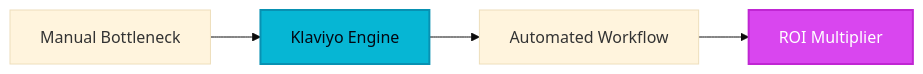
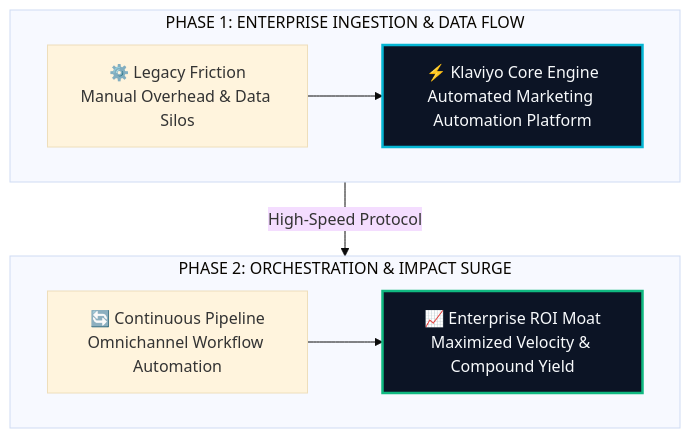
The diagram in site/src/content/blog/klaviyo-evolution-guide-2026.md (heliatech-media/saas-radar), drawn with Mermaid (base theme) before and after one commit. The commit also changed 97 other files, not shown here.

First line of the commit message:
feat(diagrams): upgrade all article architecture schemas to high-impact 2-tier responsive vector blueprints

````diff
--- a/site/src/content/blog/klaviyo-evolution-guide-2026.md
+++ b/site/src/content/blog/klaviyo-evolution-guide-2026.md
@@ -56,8 +56,14 @@
 ```mermaid
-flowchart LR
-    A[Manual Bottleneck] --> B[Klaviyo Engine]
-    B --> C[Automated Workflow]
-    C --> D[ROI Multiplier]
-    style B fill:#06b6d4,stroke:#0891b2,stroke-width:2px,color:#030712
-    style D fill:#d946ef,stroke:#c026d3,stroke-width:2px,color:#ffffff
+flowchart TD
+    subgraph S1["PHASE 1: ENTERPRISE INGESTION & DATA FLOW"]
+        direction LR
+        A["⚙️ Legacy Friction<br/>Manual Overhead & Data Silos"] --> B["⚡ Klaviyo Core Engine<br/>Automated Marketing Automation Platform"]
+    end
+    subgraph S2["PHASE 2: ORCHESTRATION & IMPACT SURGE"]
+        direction LR
+        C["🔄 Continuous Pipeline<br/>Omnichannel Workflow Automation"] --> D["📈 Enterprise ROI Moat<br/>Maximized Velocity & Compound Yield"]
+    end
+    S1 -->|High-Speed Protocol| S2
+    style B fill:#0c1425,stroke:#06b6d4,stroke-width:2.5px,color:#f8fafc
+    style D fill:#0c1425,stroke:#10b981,stroke-width:2.5px,color:#f8fafc
 ```
````
